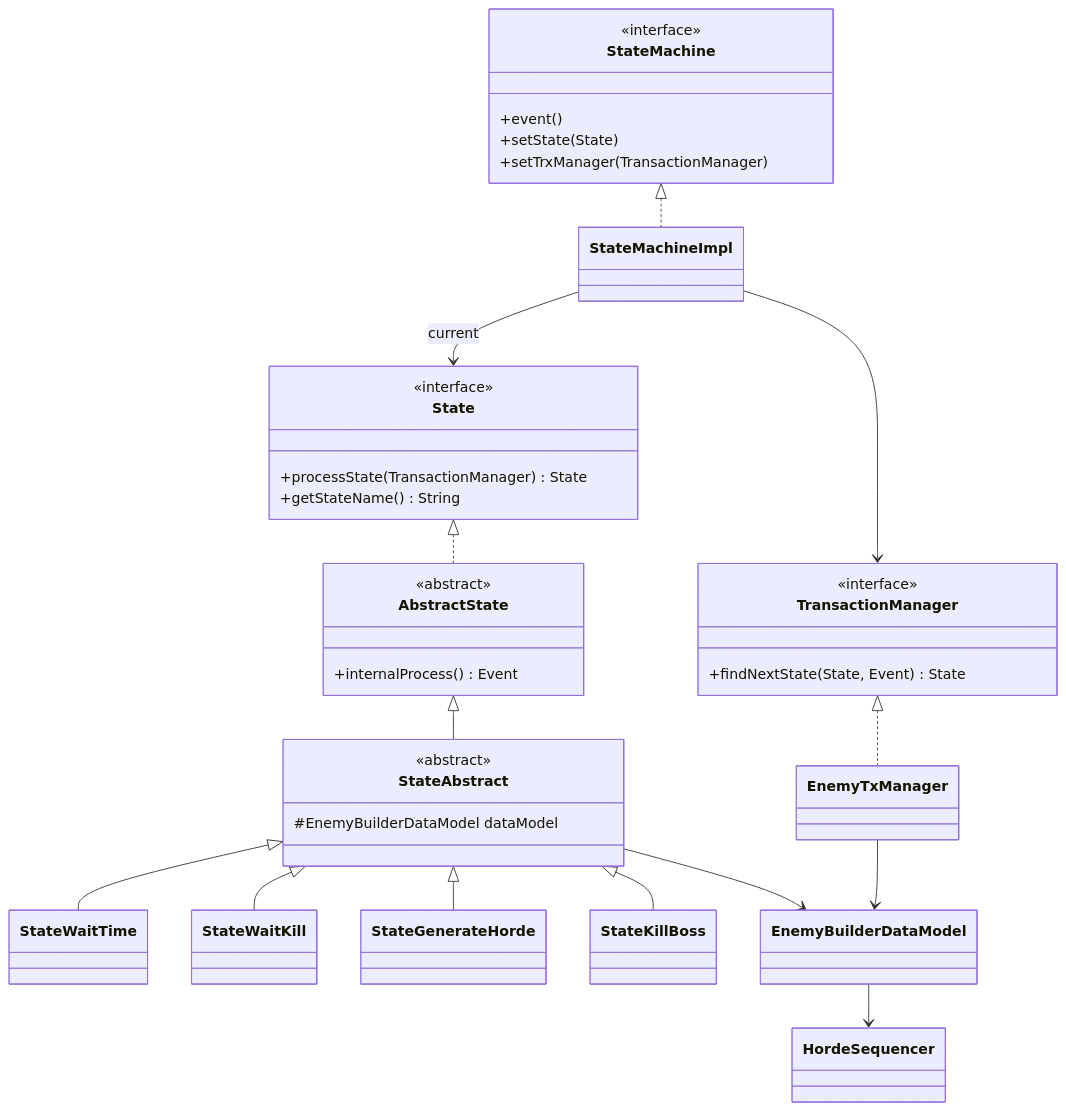
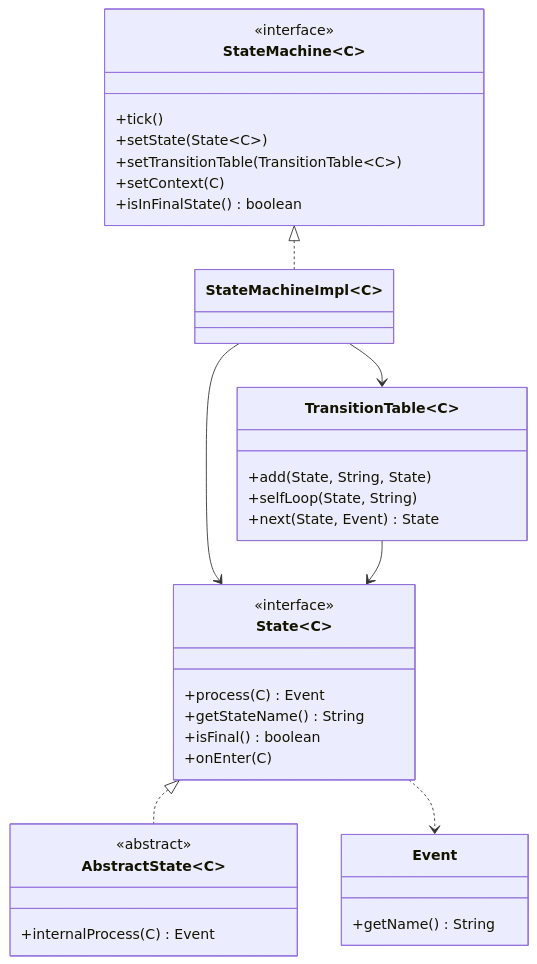
Before and after one commit to alesky78/TigerSupply: the fourth of 7 diagrams in documentation/subsystems/enemy-spawn-lifecycle/index.md, drawn with Mermaid. The commit also changed other lines of this file and 11 other files, not shown here.

First line of the commit message:
Refactor state machine implementation and enhance enemy spawn lifecycle documentation

````diff
--- a/documentation/subsystems/enemy-spawn-lifecycle/index.md
+++ b/documentation/subsystems/enemy-spawn-lifecycle/index.md
@@ -142,44 +205,37 @@
 ```mermaid
 classDiagram
-    class StateMachine {
+    class StateMachine~C~ {
         <<interface>>
-        +event()
-        +setState(State)
-        +setTrxManager(TransactionManager)
+        +tick()
+        +setState(State~C~)
+        +setTransitionTable(TransitionTable~C~)
+        +setContext(C)
+        +isInFinalState() boolean
     }
-    class StateMachineImpl
-    class State {
+    class StateMachineImpl~C~
+    class State~C~ {
         <<interface>>
-        +processState(TransactionManager) State
+        +process(C) Event
         +getStateName() String
+        +isFinal() boolean
+        +onEnter(C)
     }
-    class AbstractState {
+    class AbstractState~C~ {
         <<abstract>>
-        +internalProcess() Event
+        +internalProcess(C) Event
     }
-    class TransactionManager {
-        <<interface>>
-        +findNextState(State, Event) State
+    class TransitionTable~C~ {
+        +add(State, String, State)
+        +selfLoop(State, String)
+        +next(State, Event) State
     }
-    class StateAbstract {
-        <<abstract>>
-        #EnemyBuilderDataModel dataModel
+    class Event {
+        +getName() String
     }
-    class EnemyTxManager
-    class EnemyBuilderDataModel
-    class HordeSequencer
-
-    StateMachine <|.. StateMachineImpl
-    State <|.. AbstractState
-    AbstractState <|-- StateAbstract
-    StateAbstract <|-- StateWaitTime
-    StateAbstract <|-- StateWaitKill
-    StateAbstract <|-- StateGenerateHorde
-    StateAbstract <|-- StateKillBoss
-    TransactionManager <|.. EnemyTxManager
-    StateMachineImpl --> State : current
-    StateMachineImpl --> TransactionManager
-    StateAbstract --> EnemyBuilderDataModel
-    EnemyTxManager --> EnemyBuilderDataModel
-    EnemyBuilderDataModel --> HordeSequencer
+    StateMachine~C~ <|.. StateMachineImpl~C~
+    State~C~ <|.. AbstractState~C~
+    StateMachineImpl~C~ --> TransitionTable~C~
+    StateMachineImpl~C~ --> State~C~
+    TransitionTable~C~ --> State~C~
+    State~C~ ..> Event
 ```
````
